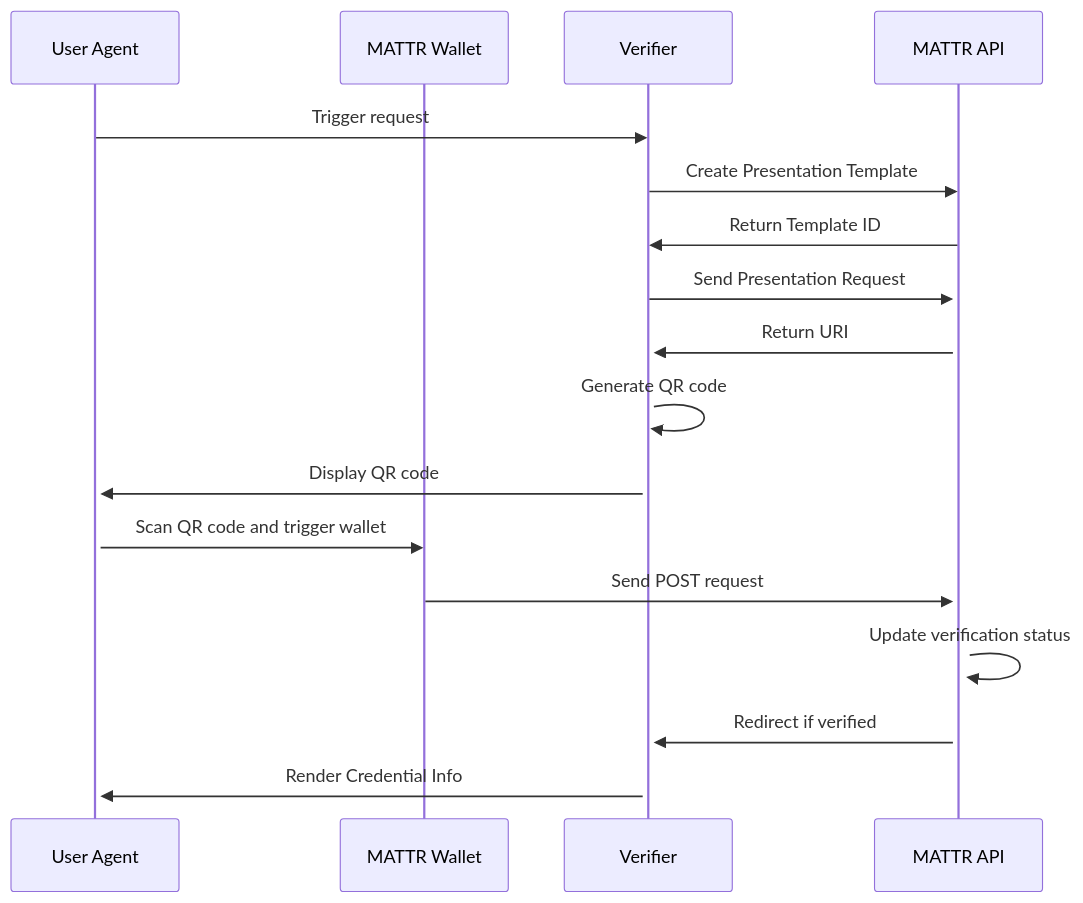
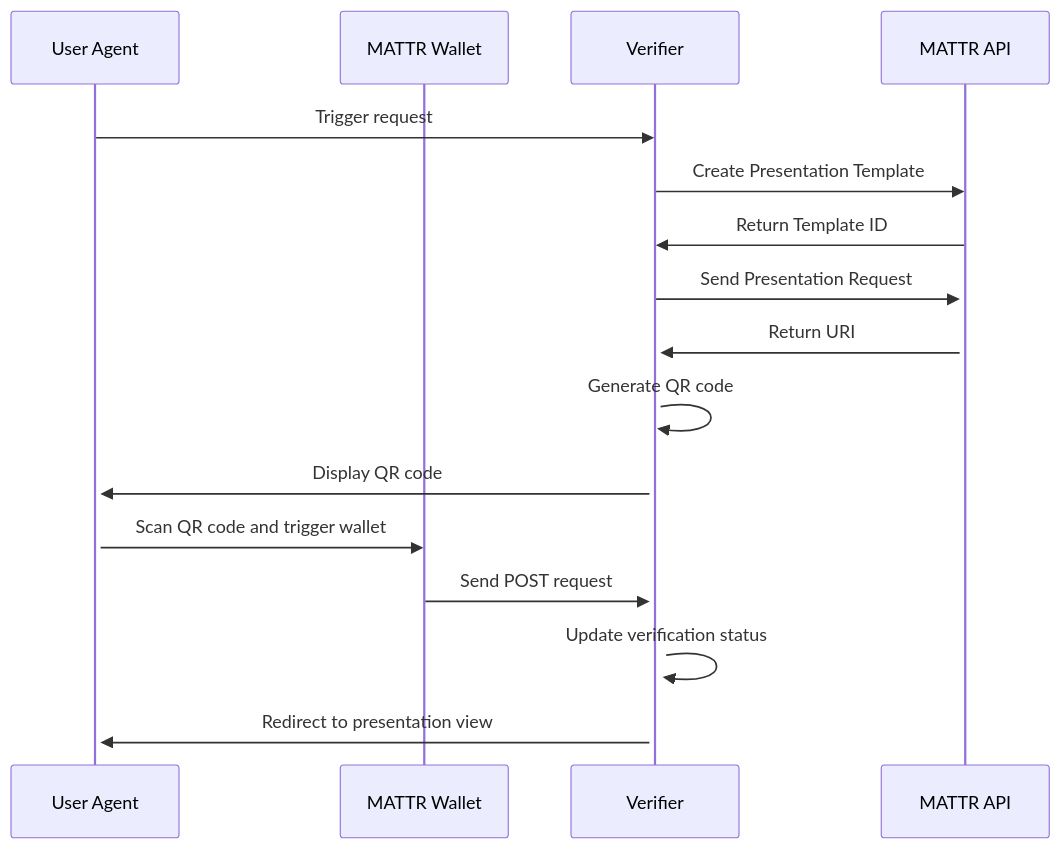
The diagram in README.md (felleslosninger/dc24-wallet-verifier), drawn with Mermaid before and after one commit.

````diff
--- a/README.md
+++ b/README.md
@@ -43,23 +43,22 @@
 ```mermaid
 sequenceDiagram    
     participant UA as User Agent
     participant W as MATTR Wallet
     participant VE as Verifier
     participant V as MATTR API
 
     UA->>VE: Trigger request 
 
     VE->>V: Create Presentation Template
     V->>VE: Return Template ID
     VE->>+V: Send Presentation Request
     V->>+VE: Return URI
     VE->>VE: Generate QR code
 
     VE->>+UA: Display QR code
     UA->>W: Scan QR code and trigger wallet
 
-    W->>+V: Send POST request
-    V->>V: Update verification status
-    V->>VE: Redirect if verified
-    VE->>UA: Render Credential Info 
+    W->>+VE: Send POST request
+    VE->>VE: Update verification status
+    VE->>UA: Redirect to presentation view
 ```
````
